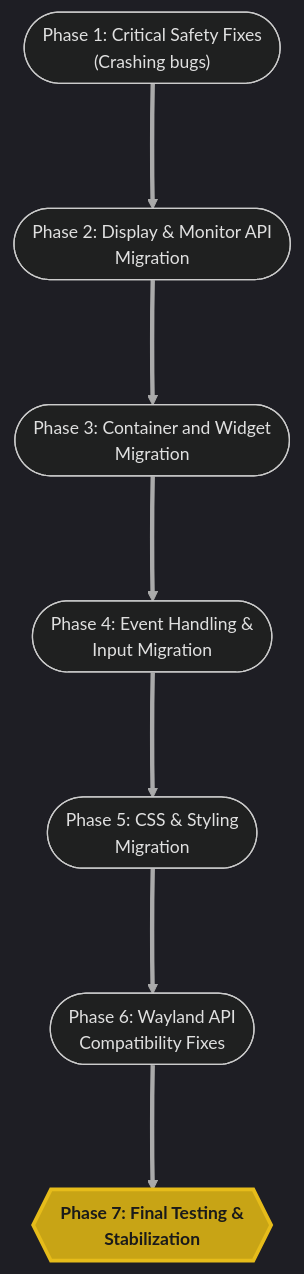
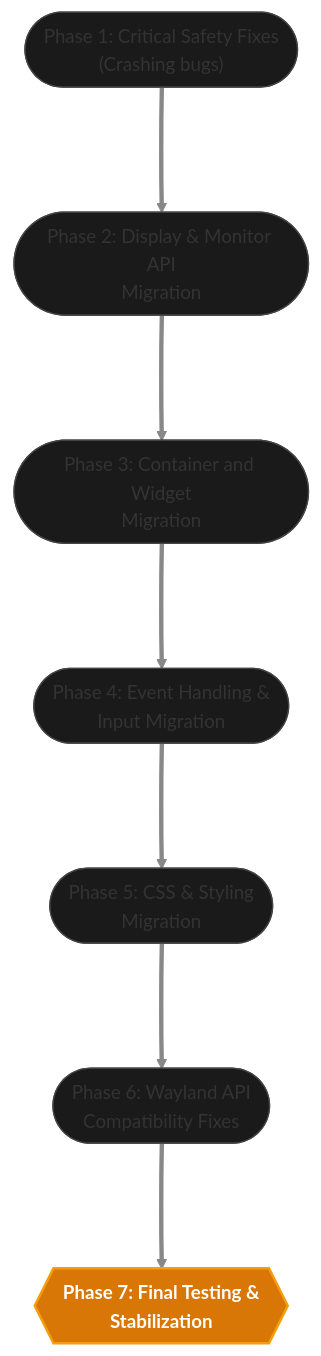
The sixth of 9 diagrams in proposal.md (Dev10-sys/sugar-proposal-gtk), drawn with Mermaid before and after one commit. The commit also changed other lines of this file, not shown here.

Commit message:
Refine diagrams: dark black background, clean white/black high contrast elements, vibrant amber accent, engineer-level architectural styling

````diff
--- a/proposal.md
+++ b/proposal.md
@@ -384,20 +384,20 @@
 ```mermaid
-%%{init: {'theme': 'dark', 'themeVariables': {'primaryColor': '#2a2a2a', 'primaryBorderColor': '#888', 'lineColor': '#aaa', 'textColor': '#e0e0e0', 'fontSize': '14px'}}}%%
+%%{init: {'theme': 'base', 'themeVariables': {'background': '#0a0a0a', 'primaryColor': '#1a1a1a', 'primaryBorderColor': '#444444', 'lineColor': '#888888', 'textColor': '#ffffff', 'fontSize': '15px'}}}%%
 flowchart TD
     Phase1(["Phase 1: Critical Safety Fixes\n(Crashing bugs)"])
     Phase2(["Phase 2: Display & Monitor API\nMigration"])
     Phase3(["Phase 3: Container and Widget\nMigration"])
     Phase4(["Phase 4: Event Handling &\nInput Migration"])
     Phase5(["Phase 5: CSS & Styling\nMigration"])
     Phase6(["Phase 6: Wayland API\nCompatibility Fixes"])
     Phase7{{"Phase 7: Final Testing &\nStabilization"}}
 
     Phase1 ===> Phase2
     Phase2 ===> Phase3
     Phase3 ===> Phase4
     Phase4 ===> Phase5
     Phase5 ===> Phase6
     Phase6 ===> Phase7
 
-    style Phase7 fill:#c8a415,stroke:#e6bc1a,stroke-width:3px,color:#1a1a1a,font-weight:bold
+    style Phase7 fill:#d97706,stroke:#f59e0b,stroke-width:2px,color:#ffffff,font-weight:bold
 ```
````
